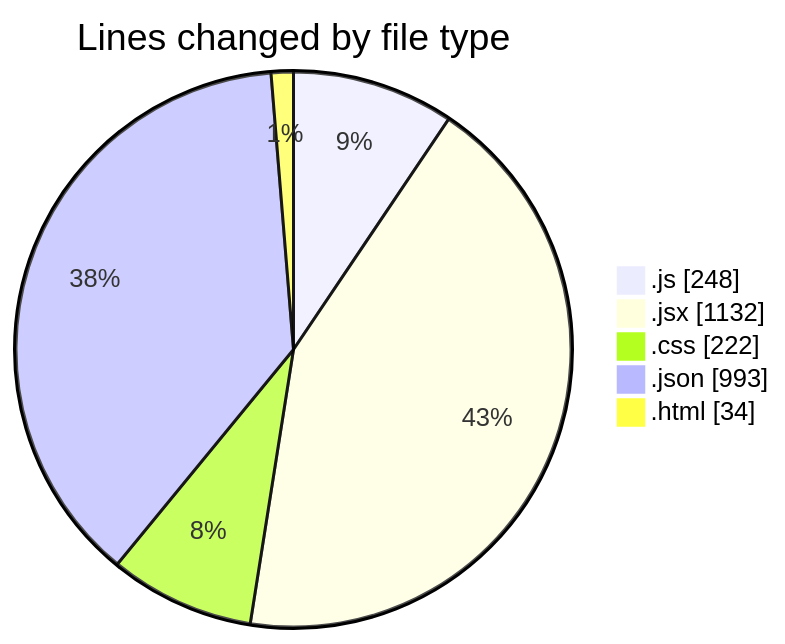
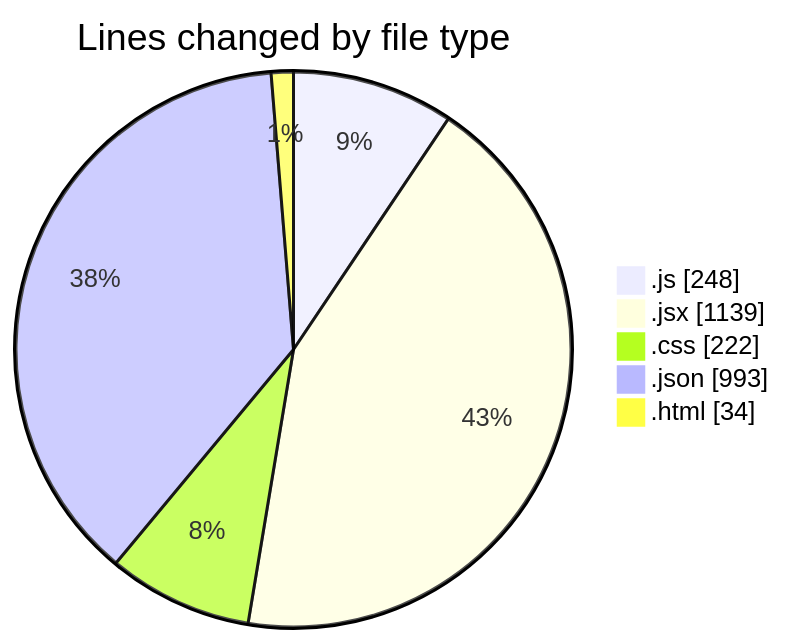
The first of 2 diagrams in 2025-07-01/urlwebwalatask/README.md (Ritupan-Deka/code-tracking), drawn with Mermaid before and after one commit. The commit also changed other lines of this file and 1 other file, not shown here.

````diff
--- a/2025-07-01/urlwebwalatask/README.md
+++ b/2025-07-01/urlwebwalatask/README.md
@@ -31,9 +31,9 @@
 ```mermaid
 pie showData
 title Lines changed by file type
 ".js" : 248
-".jsx" : 1132
+".jsx" : 1139
 ".css" : 222
 ".json" : 993
 ".html" : 34
 ```
````
